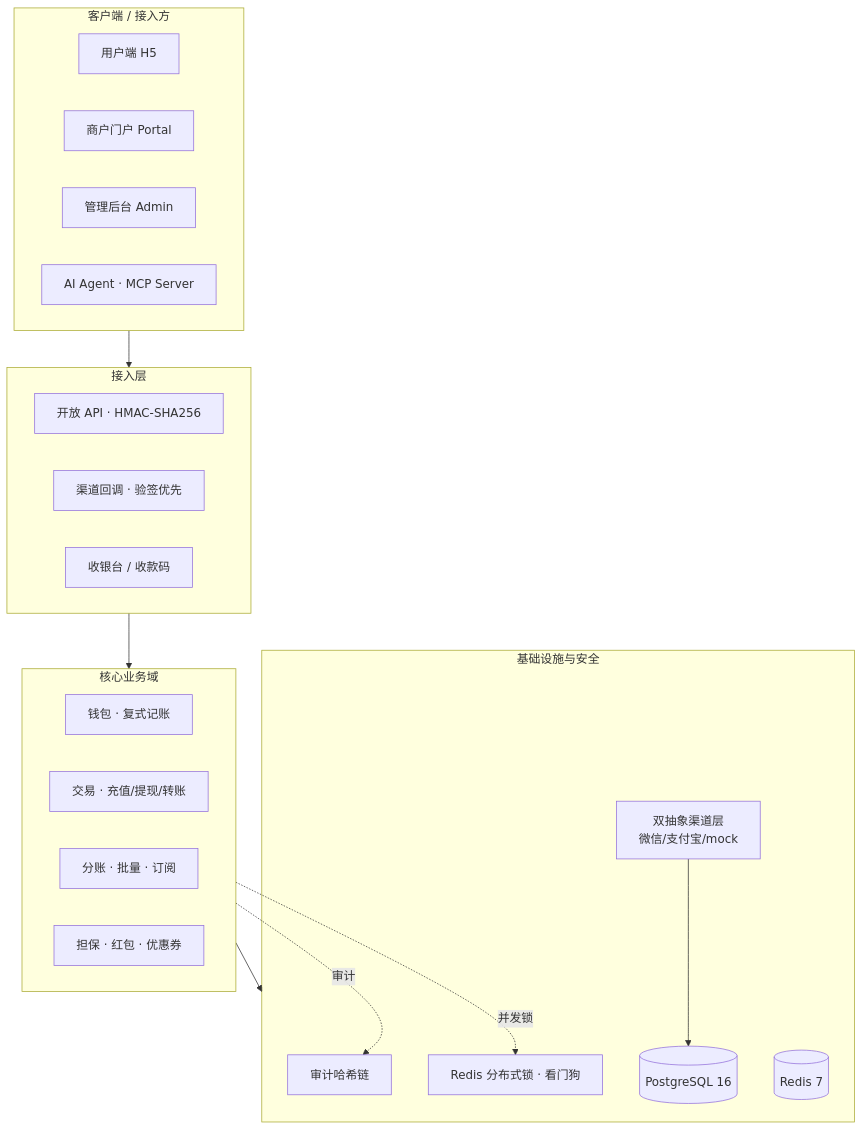
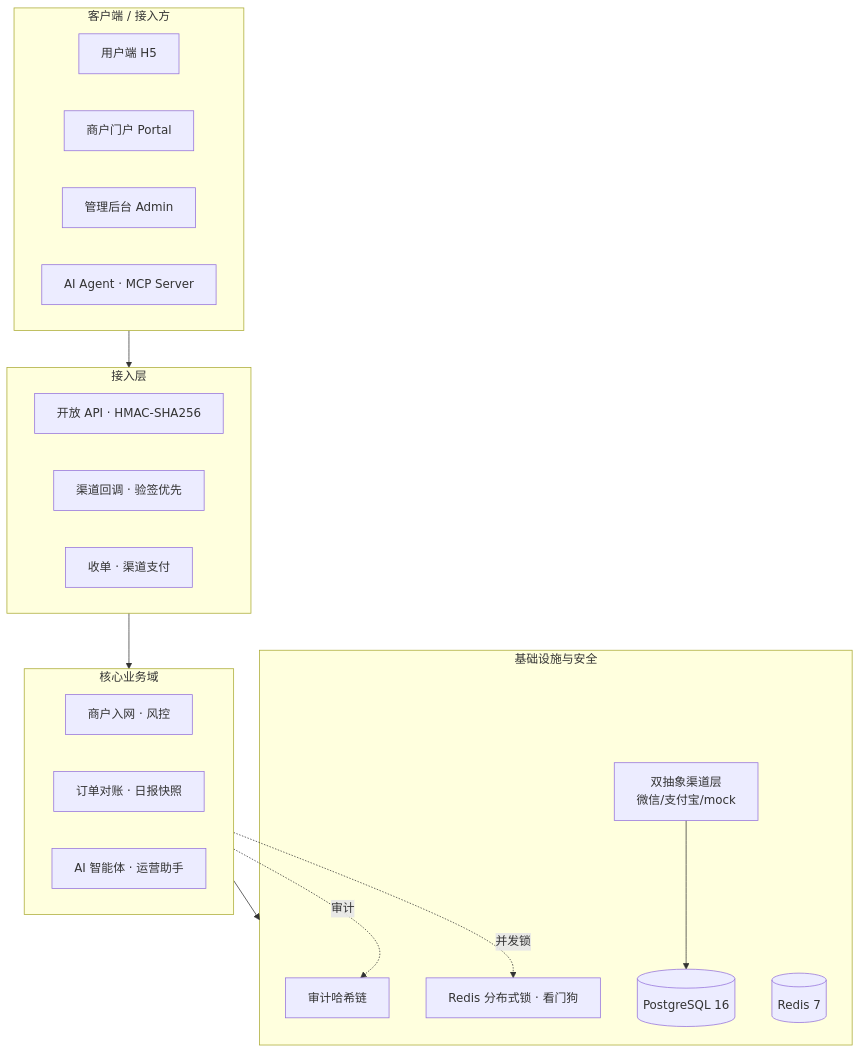
Before and after one commit to Morningstar202604/KeBaiPay: the diagram in README.md, drawn with Mermaid. The commit also changed other lines of this file and 310 other files, not shown here.

````diff
--- a/README.md
+++ b/README.md
@@ -53,31 +55,31 @@
 ```mermaid
 flowchart TB
     subgraph Client["客户端 / 接入方"]
       H5["用户端 H5"]
       Portal["商户门户 Portal"]
       Admin["管理后台 Admin"]
       MCP["AI Agent · MCP Server"]
     end
     subgraph Gateway["接入层"]
       OpenAPI["开放 API · HMAC-SHA256"]
       Webhook["渠道回调 · 验签优先"]
       Cashier["收银台 / 收款码"]
     end
     subgraph Core["核心业务域"]
-      Wallet["钱包 · 复式记账"]
-      Tx["交易 · 充值/提现/转账"]
-      Split["分账 · 批量 · 订阅"]
-      Escrow["担保 · 红包 · 优惠券"]
+      Cashier["收单 · 渠道支付"]
+      Merchant["商户入网 · 风控"]
+      Reconcile["订单对账 · 日报快照"]
+      Agent["AI 智能体 · 运营助手"]
     end
     subgraph Infra["基础设施与安全"]
       Ledger["审计哈希链"]
       Lock["Redis 分布式锁 · 看门狗"]
       Channel["双抽象渠道层\n微信/支付宝/mock"]
       DB[("PostgreSQL 16")]
       Cache[("Redis 7")]
     end
     Client --> Gateway --> Core --> Infra
     Channel --> DB
     Core -. 审计 .-> Ledger
     Core -. 并发锁 .-> Lock
 ```
````
